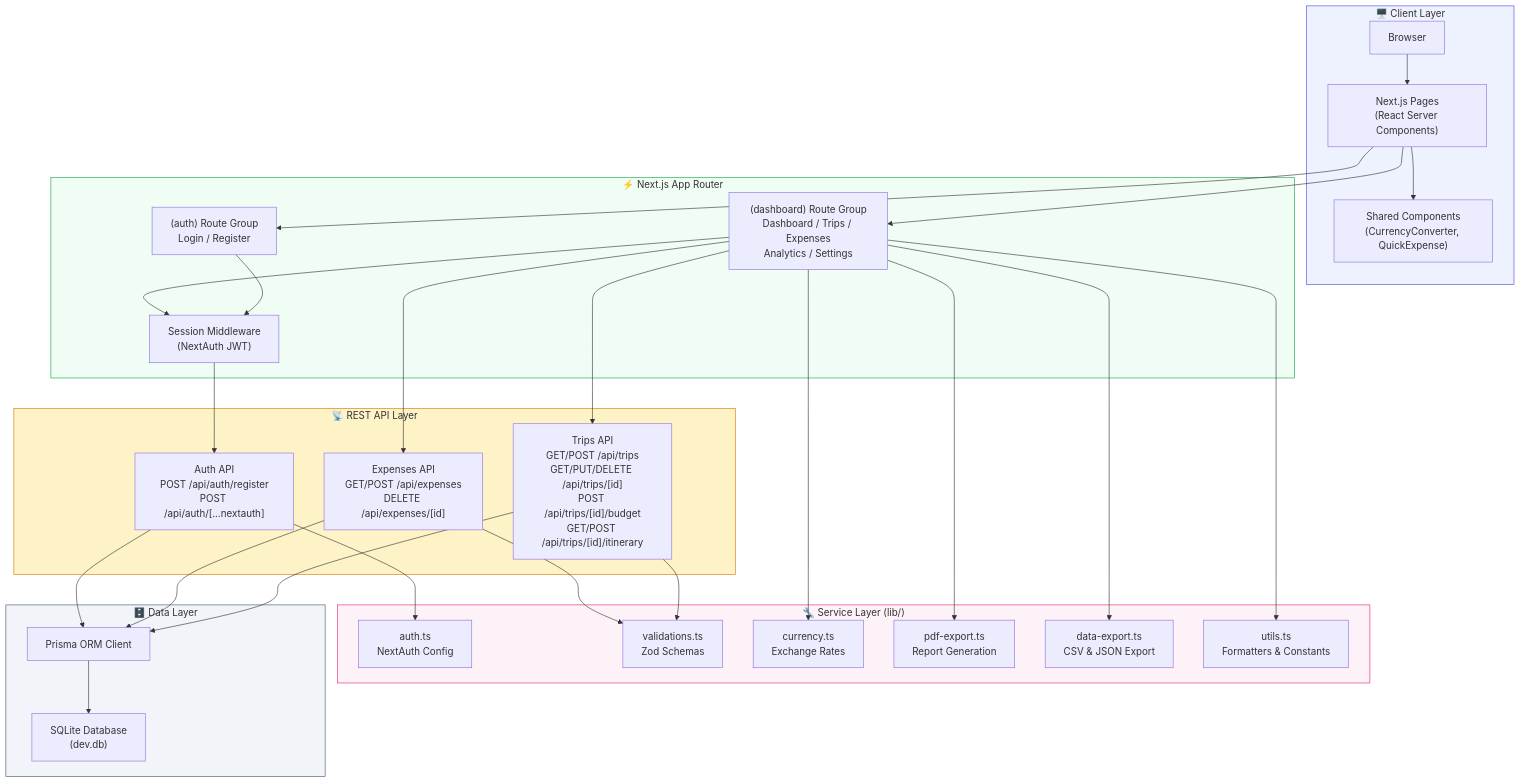
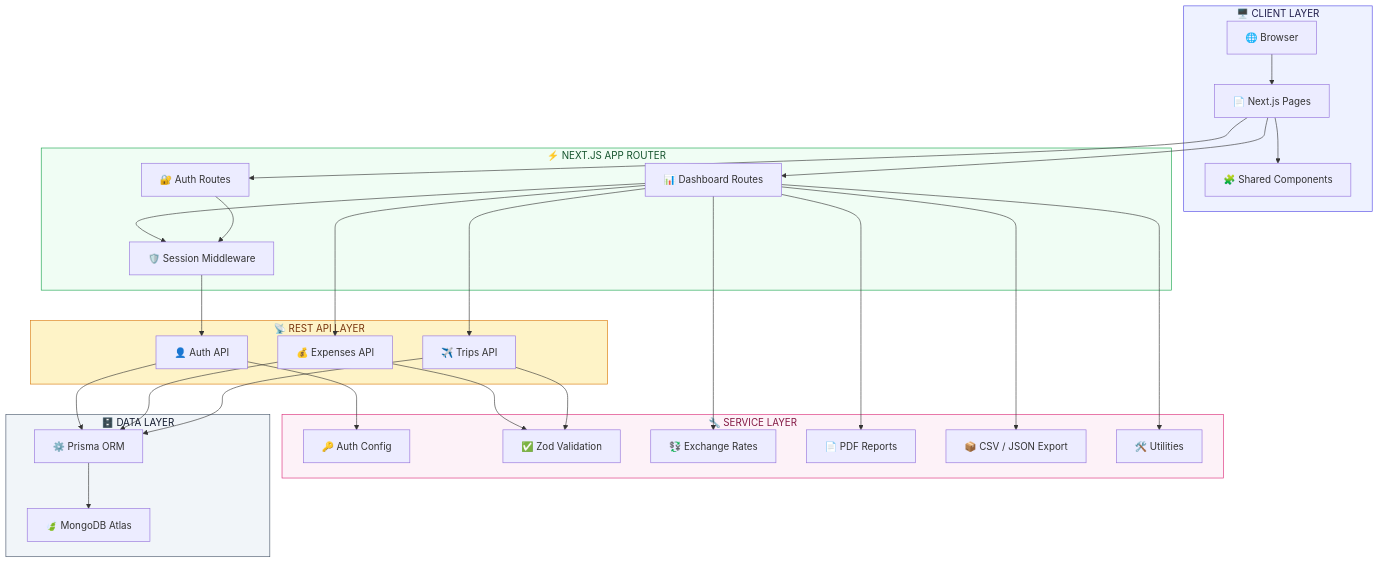
One commit to rajdivyansh965/TravelTrack changed the first of 3 diagrams in traveltrack/README.md. Above: the diagram before and after it, drawn with Mermaid. The commit also changed other lines of this file and 14 other files, not shown here.

First line of the commit message:
migrate from SQLite/Turso to MongoDB Atlas

````diff
--- a/traveltrack/README.md
+++ b/traveltrack/README.md
@@ -83,61 +108,61 @@
 ```mermaid
 graph TB
-    subgraph Client["🖥️ Client Layer"]
-        Browser["Browser"]
-        Pages["Next.js Pages<br/>(React Server Components)"]
-        Components["Shared Components<br/>(CurrencyConverter, QuickExpense)"]
+    subgraph Client["🖥️ CLIENT LAYER"]
+        Browser["🌐 Browser"]
+        Pages["📄 Next.js Pages"]
+        Components["🧩 Shared Components"]
     end
 
-    subgraph AppRouter["⚡ Next.js App Router"]
-        AuthGroup["(auth) Route Group<br/>Login / Register"]
-        DashGroup["(dashboard) Route Group<br/>Dashboard / Trips / Expenses<br/>Analytics / Settings"]
-        Middleware["Session Middleware<br/>(NextAuth JWT)"]
+    subgraph AppRouter["⚡ NEXT.JS APP ROUTER"]
+        AuthGroup["🔐 Auth Routes"]
+        DashGroup["📊 Dashboard Routes"]
+        Middleware["🛡️ Session Middleware"]
     end
 
-    subgraph API["📡 REST API Layer"]
-        AuthAPI["Auth API<br/>POST /api/auth/register<br/>POST /api/auth/[...nextauth]"]
-        TripsAPI["Trips API<br/>GET/POST /api/trips<br/>GET/PUT/DELETE /api/trips/[id]<br/>POST /api/trips/[id]/budget<br/>GET/POST /api/trips/[id]/itinerary"]
-        ExpensesAPI["Expenses API<br/>GET/POST /api/expenses<br/>DELETE /api/expenses/[id]"]
+    subgraph API["📡 REST API LAYER"]
+        AuthAPI["👤 Auth API"]
+        TripsAPI["✈️ Trips API"]
+        ExpensesAPI["💰 Expenses API"]
     end
 
-    subgraph Services["🔧 Service Layer (lib/)"]
-        AuthLib["auth.ts<br/>NextAuth Config"]
-        Validation["validations.ts<br/>Zod Schemas"]
-        Currency["currency.ts<br/>Exchange Rates"]
-        PDFExport["pdf-export.ts<br/>Report Generation"]
-        DataExport["data-export.ts<br/>CSV & JSON Export"]
-        Utils["utils.ts<br/>Formatters & Constants"]
+    subgraph Services["🔧 SERVICE LAYER"]
+        AuthLib["🔑 Auth Config"]
+        Validation["✅ Zod Validation"]
+        Currency["💱 Exchange Rates"]
+        PDFExport["📄 PDF Reports"]
+        DataExport["📦 CSV / JSON Export"]
+        Utils["🛠️ Utilities"]
     end
 
-    subgraph Data["🗄️ Data Layer"]
-        PrismaClient["Prisma ORM Client"]
-        SQLite["SQLite Database<br/>(dev.db)"]
+    subgraph Data["🗄️ DATA LAYER"]
+        PrismaClient["⚙️ Prisma ORM"]
+        MongoDB["🍃 MongoDB Atlas"]
     end
 
     Browser --> Pages
     Pages --> Components
     Pages --> AuthGroup
     Pages --> DashGroup
     AuthGroup --> Middleware
     DashGroup --> Middleware
     Middleware --> AuthAPI
     DashGroup --> TripsAPI
     DashGroup --> ExpensesAPI
     AuthAPI --> AuthLib
     TripsAPI --> Validation
     ExpensesAPI --> Validation
     TripsAPI --> PrismaClient
     ExpensesAPI --> PrismaClient
     AuthAPI --> PrismaClient
     DashGroup --> Currency
     DashGroup --> PDFExport
     DashGroup --> DataExport
     DashGroup --> Utils
-    PrismaClient --> SQLite
+    PrismaClient --> MongoDB
 
-    style Client fill:#eef2ff,stroke:#4f46e5
-    style AppRouter fill:#f0fdf4,stroke:#16a34a
-    style API fill:#fef3c7,stroke:#d97706
-    style Services fill:#fdf2f8,stroke:#db2777
-    style Data fill:#f1f5f9,stroke:#475569
+    style Client fill:#eef2ff,stroke:#4f46e5,color:#1e1b4b
+    style AppRouter fill:#f0fdf4,stroke:#16a34a,color:#14532d
+    style API fill:#fef3c7,stroke:#d97706,color:#78350f
+    style Services fill:#fdf2f8,stroke:#db2777,color:#831843
+    style Data fill:#f1f5f9,stroke:#475569,color:#0f172a
 ```
````
